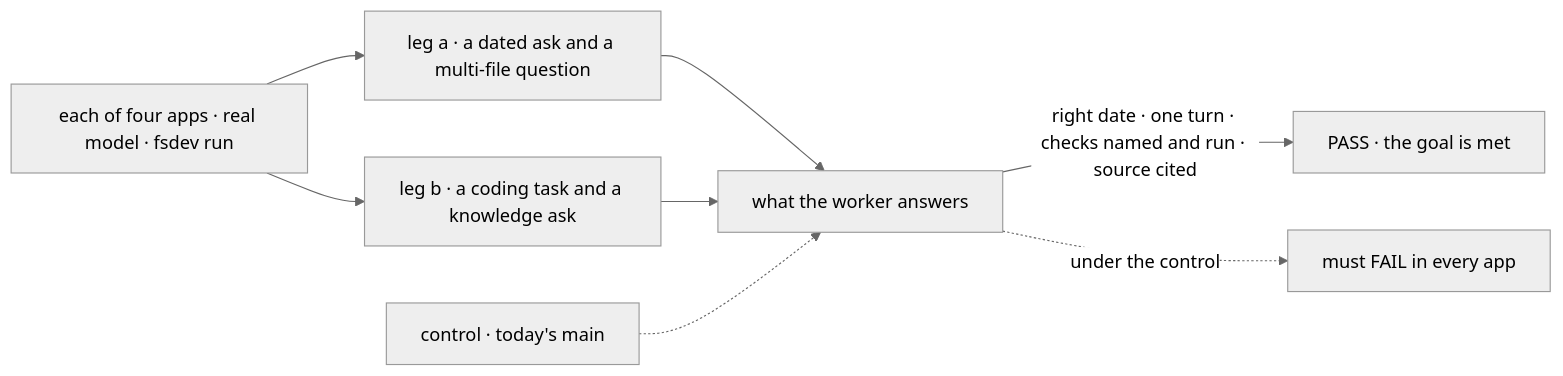
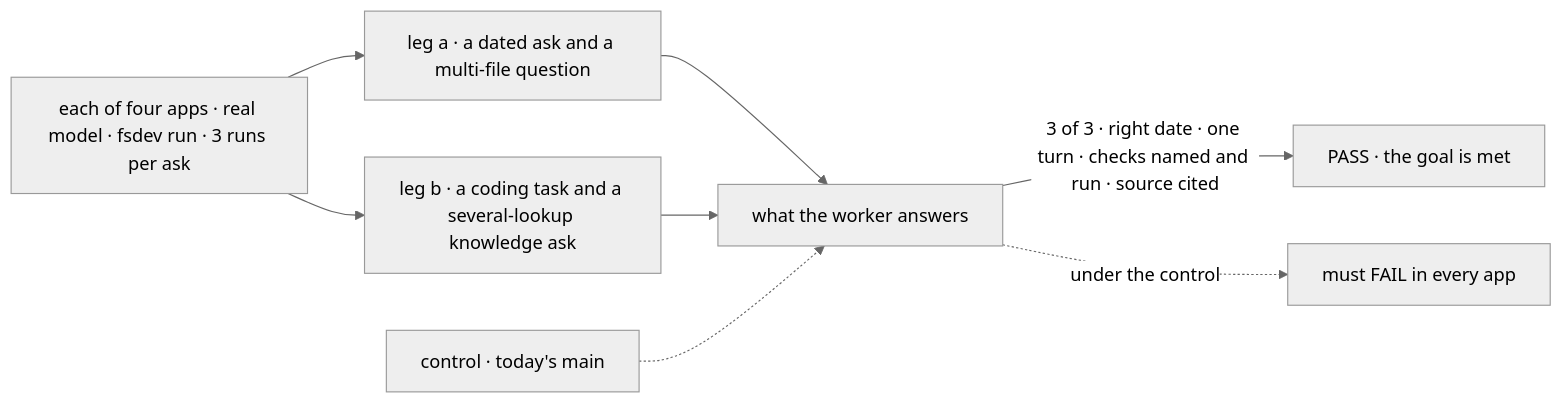
One commit to fixpoint-labs/flow-state-dev changed the first of 2 diagrams in specs/epics/FIX-2490/SPEC.md. Above: the diagram before and after it, drawn with Mermaid (neutral theme). The commit also changed other lines of this file and 4 other files, not shown here.

````diff
--- a/specs/epics/FIX-2490/SPEC.md
+++ b/specs/epics/FIX-2490/SPEC.md
@@ -35,10 +34,10 @@
 ```mermaid
 flowchart LR
-  A["each of four apps · real model · fsdev run"] --> L1["leg a · a dated ask and a multi-file question"]
-  A --> L2["leg b · a coding task and a knowledge ask"]
+  A["each of four apps · real model · fsdev run · 3 runs per ask"] --> L1["leg a · a dated ask and a multi-file question"]
+  A --> L2["leg b · a coding task and a several-lookup knowledge ask"]
   L1 --> T["what the worker answers"]
   L2 --> T
-  T -->|"right date · one turn · checks named and run · source cited"| P["PASS · the goal is met"]
+  T -->|"3 of 3 · right date · one turn · checks named and run · source cited"| P["PASS · the goal is met"]
   C["control · today's main"] -.-> T
   T -.->|"under the control"| F["must FAIL in every app"]
 ```
````
